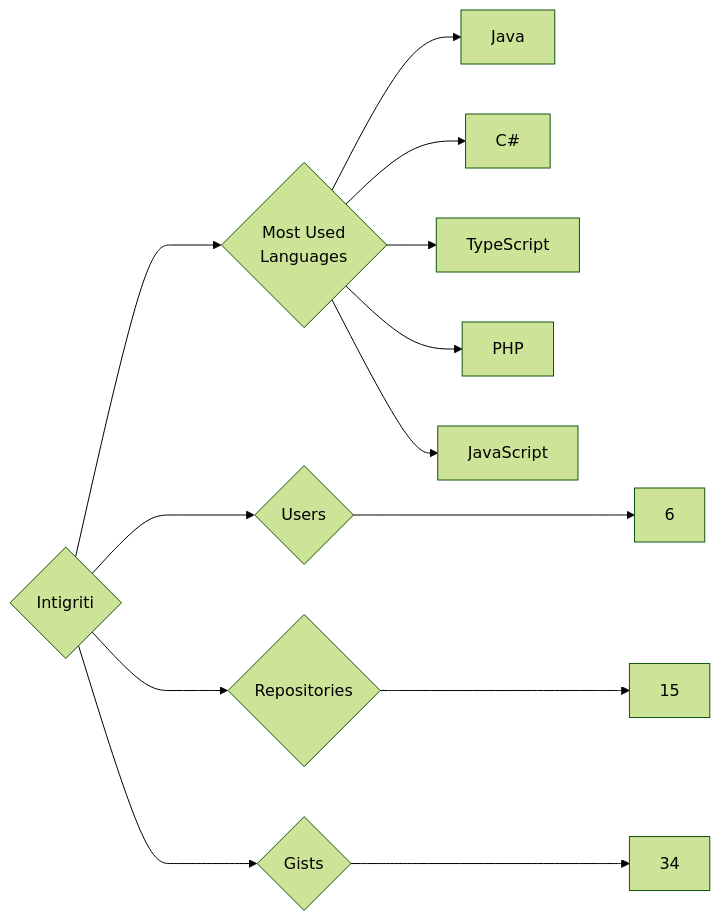
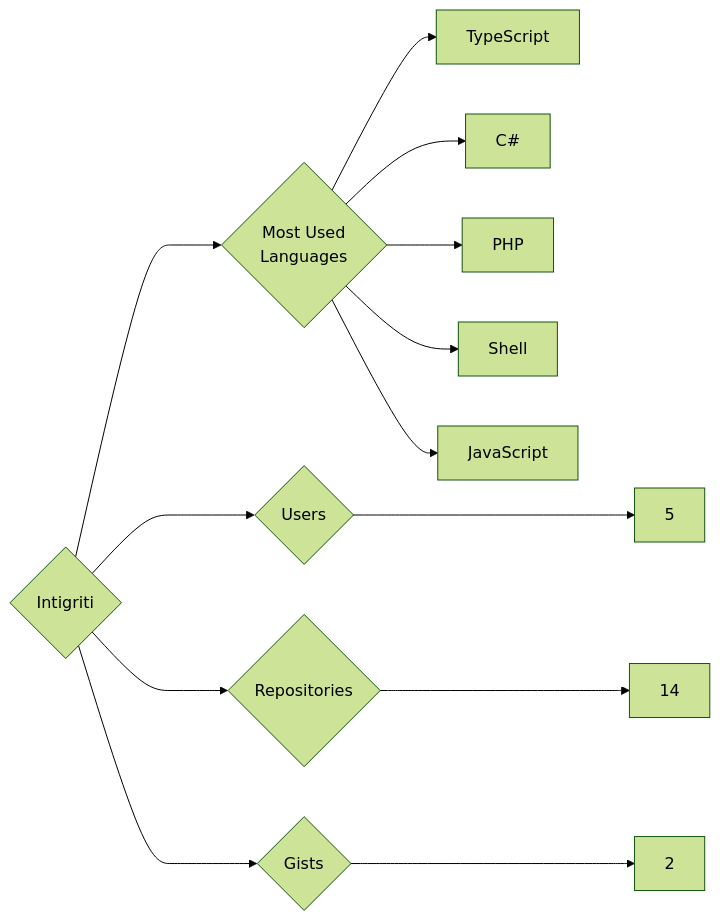
The diagram in targets/Intigriti/README.md (trickest/insiders), drawn with Mermaid (forest theme) before and after one commit. The commit also changed 865 other files, not shown here.

````diff
--- a/targets/Intigriti/README.md
+++ b/targets/Intigriti/README.md
@@ -3,13 +3,13 @@
 ```mermaid
 graph LR
 COMPANY_NAME{Intigriti}
-COMPANY_NAME ---> U{Users} ---> UN[6]
-COMPANY_NAME ---> R{Repositories} ---> RN[15]
-COMPANY_NAME ---> G{Gists} ---> GN[34]
+COMPANY_NAME ---> U{Users} ---> UN[5]
+COMPANY_NAME ---> R{Repositories} ---> RN[14]
+COMPANY_NAME ---> G{Gists} ---> GN[2]
 COMPANY_NAME ---> ML{Most Used<br>Languages}
-ML --> Java[Java]
+ML --> TypeScript[TypeScript]
 ML --> C#[C#]
-ML --> TypeScript[TypeScript]
 ML --> PHP[PHP]
+ML --> Shell[Shell]
 ML --> JavaScript[JavaScript]
 ```
````
